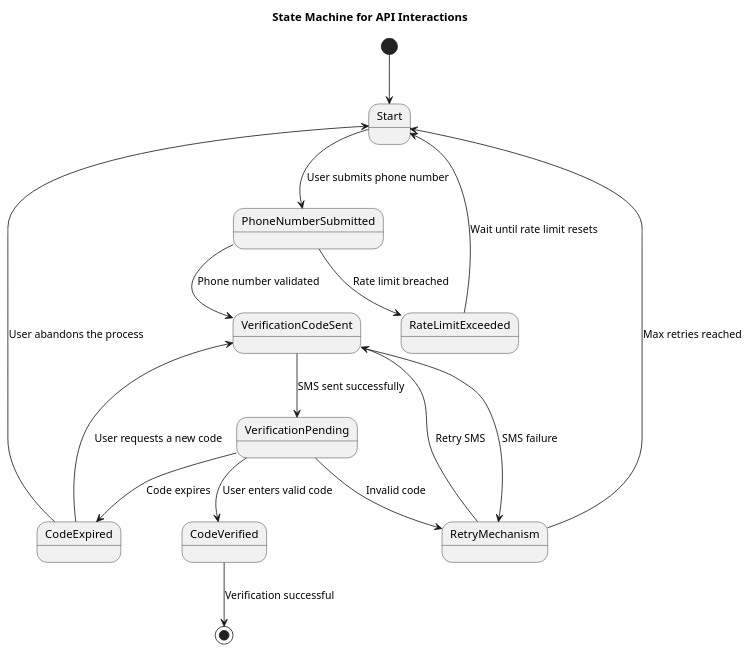
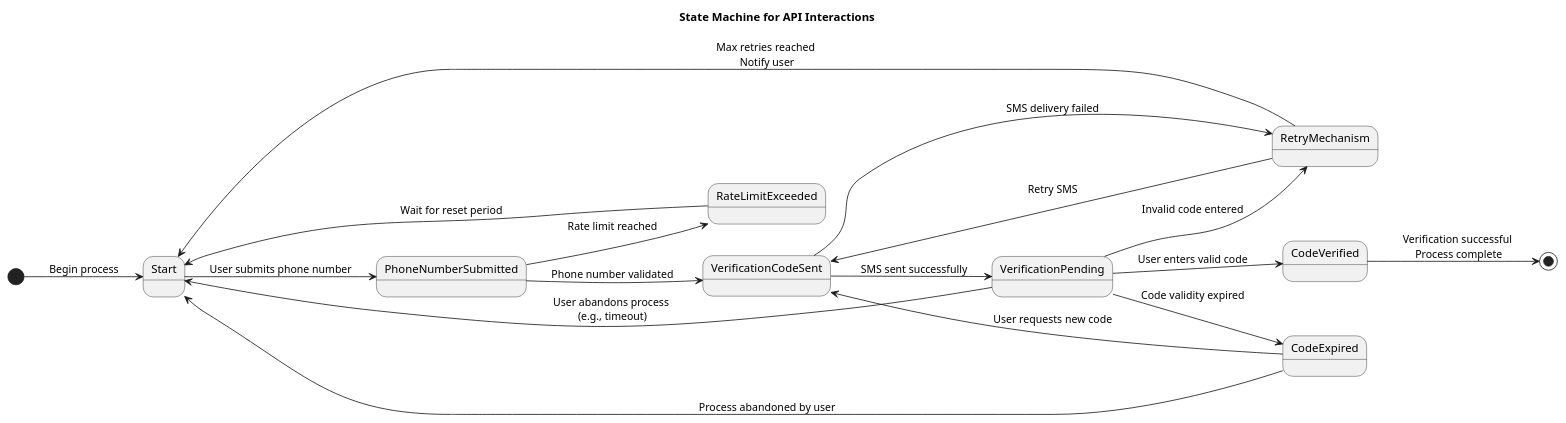
The diagram in docs/stateMachine.plantuml (jayd719/PhoneNumberVerification), drawn with PlantUML before and after one commit. The commit also changed 10 other files, not shown here.

```diff
--- a/docs/stateMachine.plantuml
+++ b/docs/stateMachine.plantuml
@@ -1,27 +1,28 @@
-@startuml statemac
+@startuml state
 title State Machine for API Interactions
-
-[*] --> Start
+left to right direction
+[*] --> Start : Begin process
 
 Start --> PhoneNumberSubmitted : User submits phone number
-PhoneNumberSubmitted --> RateLimitExceeded : Rate limit breached
+PhoneNumberSubmitted --> RateLimitExceeded : Rate limit reached
 PhoneNumberSubmitted --> VerificationCodeSent : Phone number validated
 
-RateLimitExceeded --> Start : Wait until rate limit resets
+RateLimitExceeded --> Start : Wait for reset period
 
 VerificationCodeSent --> VerificationPending : SMS sent successfully
-VerificationCodeSent --> RetryMechanism : SMS failure
+VerificationCodeSent --> RetryMechanism : SMS delivery failed
 
 RetryMechanism --> VerificationCodeSent : Retry SMS
-RetryMechanism --> Start : Max retries reached
+RetryMechanism --> Start : Max retries reached \nNotify user
 
-VerificationPending --> CodeExpired : Code expires
+VerificationPending --> CodeExpired : Code validity expired
 VerificationPending --> CodeVerified : User enters valid code
-VerificationPending --> RetryMechanism : Invalid code
+VerificationPending --> RetryMechanism : Invalid code entered
+VerificationPending --> Start : User abandons process \n(e.g., timeout)
 
-CodeExpired --> VerificationCodeSent : User requests a new code
-CodeExpired --> Start : User abandons the process
+CodeExpired --> VerificationCodeSent : User requests new code
+CodeExpired --> Start : Process abandoned by user
 
-CodeVerified --> [*] : Verification successful
+CodeVerified --> [*] : Verification successful \nProcess complete
 
 @enduml
```
